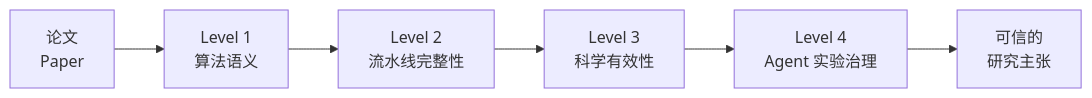
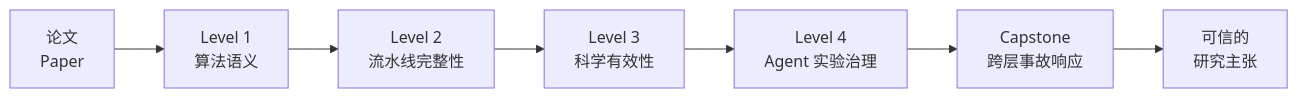
Before and after one commit to heisenberg0020/research-code-stewardship-lab: the first of 2 diagrams in README.md, drawn with Mermaid. The commit also changed other lines of this file and 26 other files, not shown here.

````diff
--- a/README.md
+++ b/README.md
@@ -93,8 +98,9 @@
 ```mermaid
 flowchart LR
     P[论文<br/>Paper] --> L1[Level 1<br/>算法语义]
     L1 --> L2[Level 2<br/>流水线完整性]
     L2 --> L3[Level 3<br/>科学有效性]
     L3 --> L4[Level 4<br/>Agent 实验治理]
-    L4 --> T[可信的<br/>研究主张]
+    L4 --> C[Capstone<br/>跨层事故响应]
+    C --> T[可信的<br/>研究主张]
 ```
````
